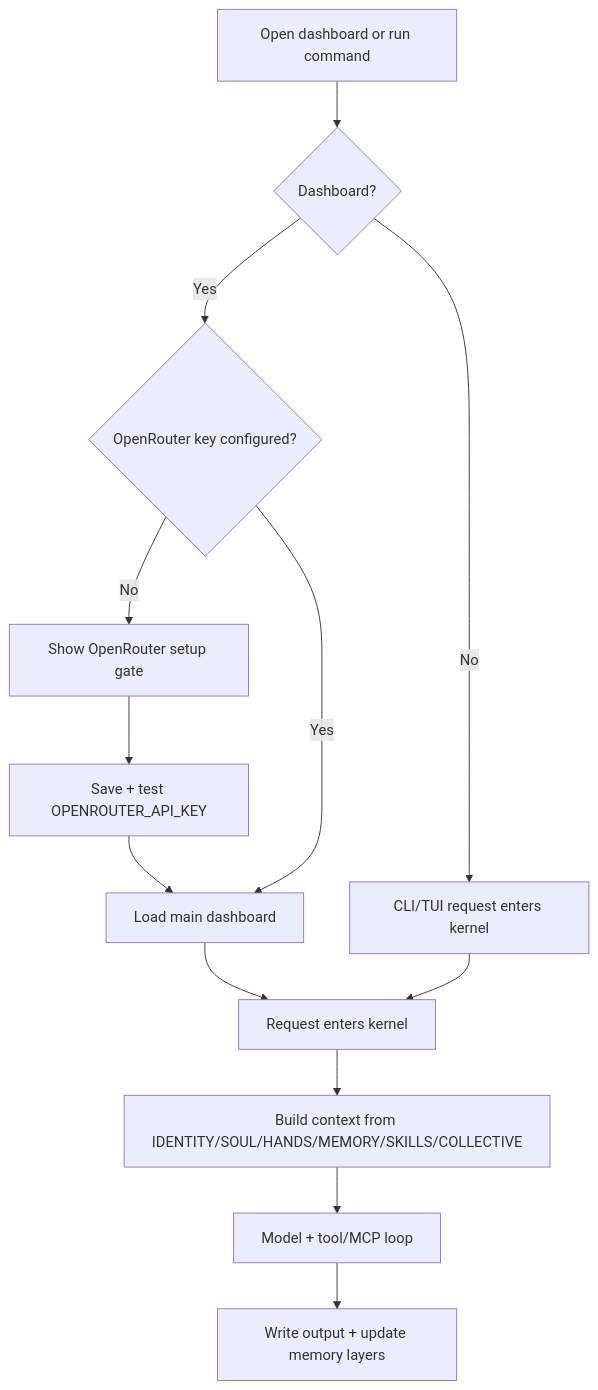
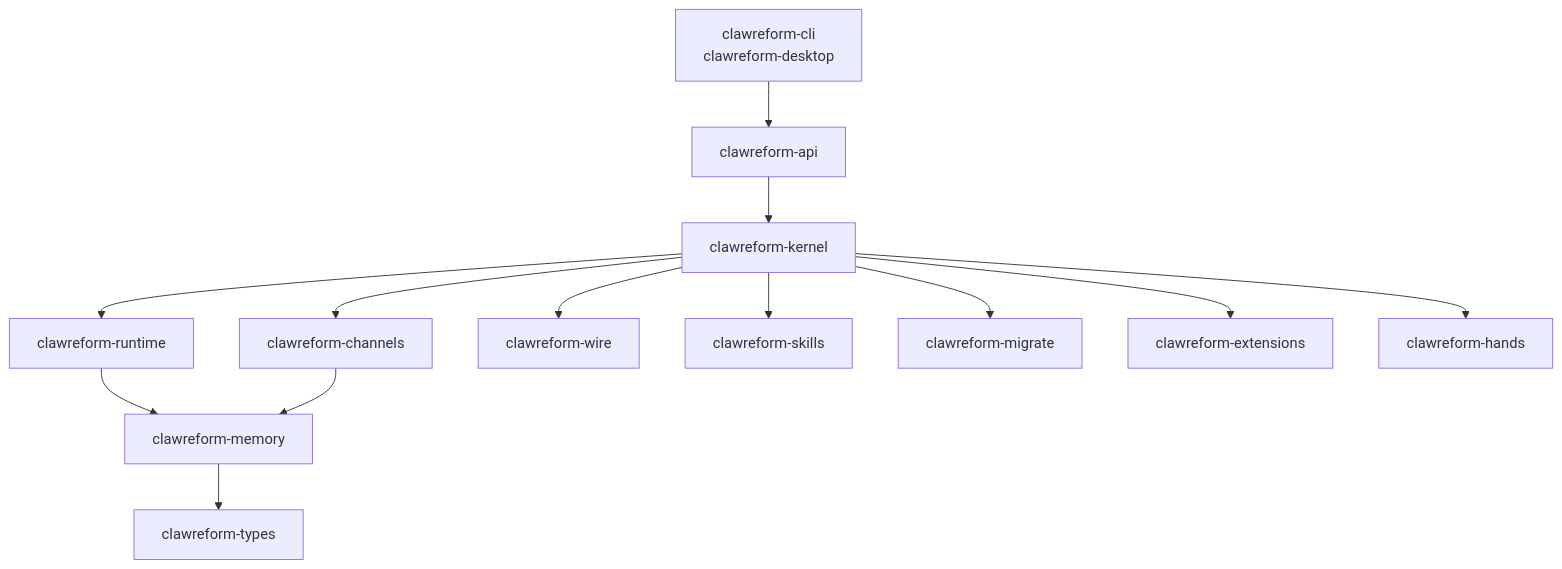
Before and after one commit to aegntic/clawreform: the second of 3 diagrams in README.md, drawn with Mermaid. The commit also changed other lines of this file, not shown here.

````diff
--- a/README.md
+++ b/README.md
@@ -109,15 +352,15 @@
 ```mermaid
 flowchart TD
-    A["Open dashboard or run command"] --> B{"Dashboard?"}
-    B -- "No" --> C["CLI/TUI request enters kernel"]
-    B -- "Yes" --> D{"OpenRouter key configured?"}
-    D -- "No" --> E["Show OpenRouter setup gate"]
-    E --> F["Save + test OPENROUTER_API_KEY"]
-    F --> G["Load main dashboard"]
-    D -- "Yes" --> G
-    G --> H["Request enters kernel"]
-    C --> H
-    H --> I["Build context from IDENTITY/SOUL/HANDS/MEMORY/SKILLS/COLLECTIVE"]
-    I --> J["Model + tool/MCP loop"]
-    J --> K["Write output + update memory layers"]
+    A["clawreform-cli\nclawreform-desktop"] --> B["clawreform-api"]
+    B --> C["clawreform-kernel"]
+    C --> D["clawreform-runtime"]
+    C --> E["clawreform-channels"]
+    C --> F["clawreform-wire"]
+    C --> G["clawreform-skills"]
+    C --> H["clawreform-migrate"]
+    C --> I["clawreform-extensions"]
+    C --> J["clawreform-hands"]
+    D --> K["clawreform-memory"]
+    E --> K
+    K --> L["clawreform-types"]
 ```
````
